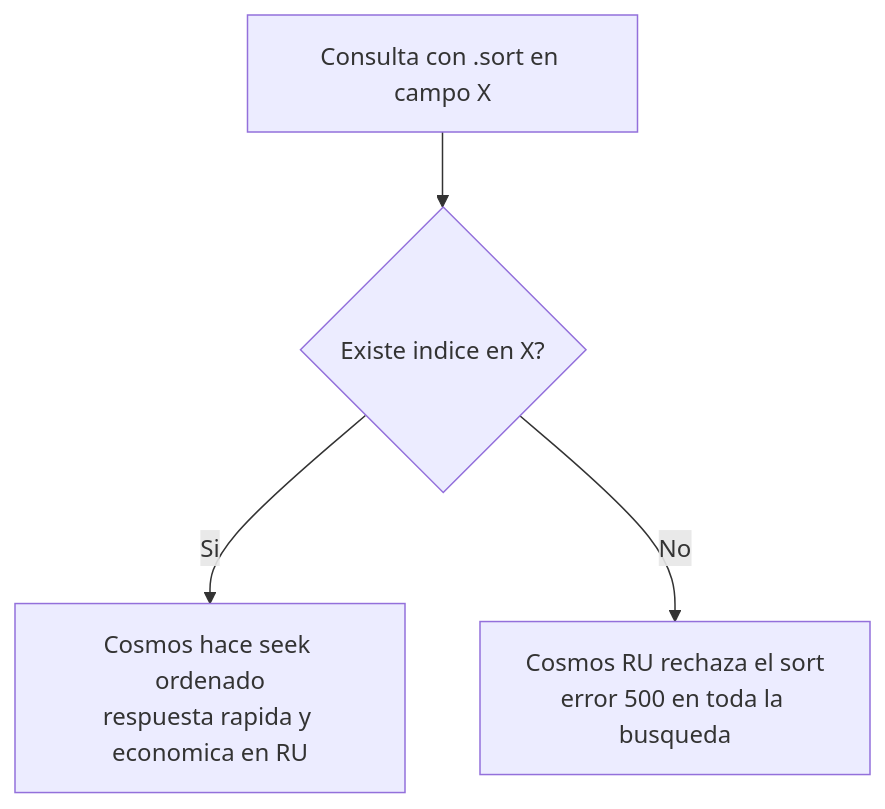
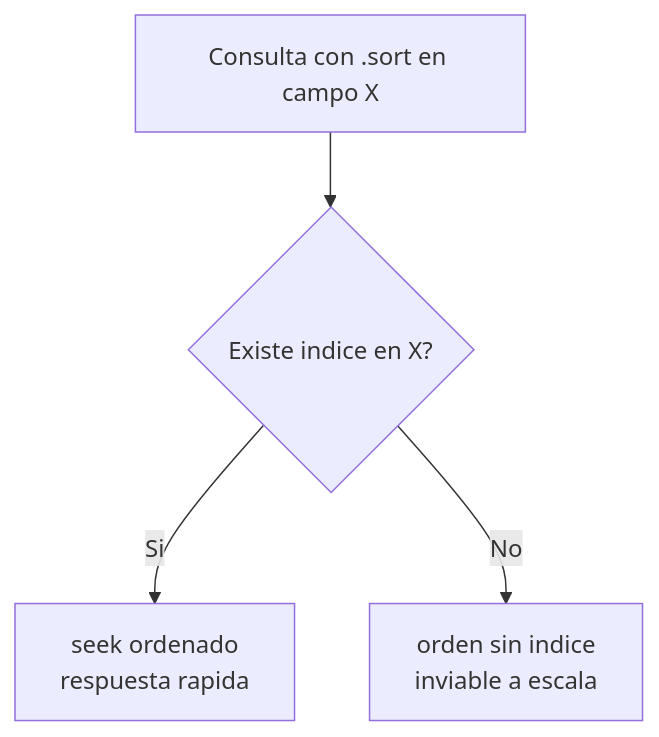
The third of 4 diagrams in doc/despliegue.md (Carlosmps97/backend-data-model-hub), drawn with Mermaid before and after one commit. The commit also changed other lines of this file and 20 other files, not shown here.

````diff
--- a/doc/despliegue.md
+++ b/doc/despliegue.md
@@ -532,6 +509,6 @@
 ```mermaid
 flowchart TD
     Q["Consulta con .sort en campo X"] --> IDX{"Existe indice en X?"}
-    IDX -->|Si| OK["Cosmos hace seek ordenado<br/>respuesta rapida y economica en RU"]
-    IDX -->|No| ERR["Cosmos RU rechaza el sort<br/>error 500 en toda la busqueda"]
+    IDX -->|Si| OK["seek ordenado<br/>respuesta rapida"]
+    IDX -->|No| ERR["orden sin indice<br/>inviable a escala"]
 ```
````
